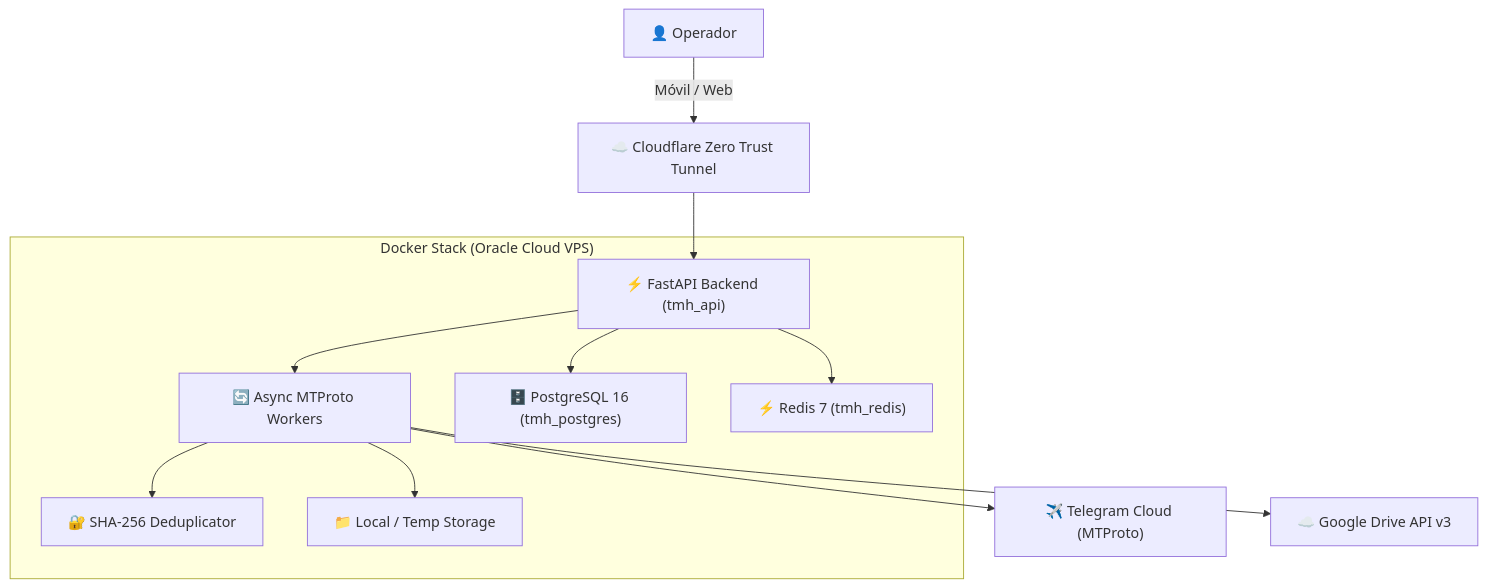
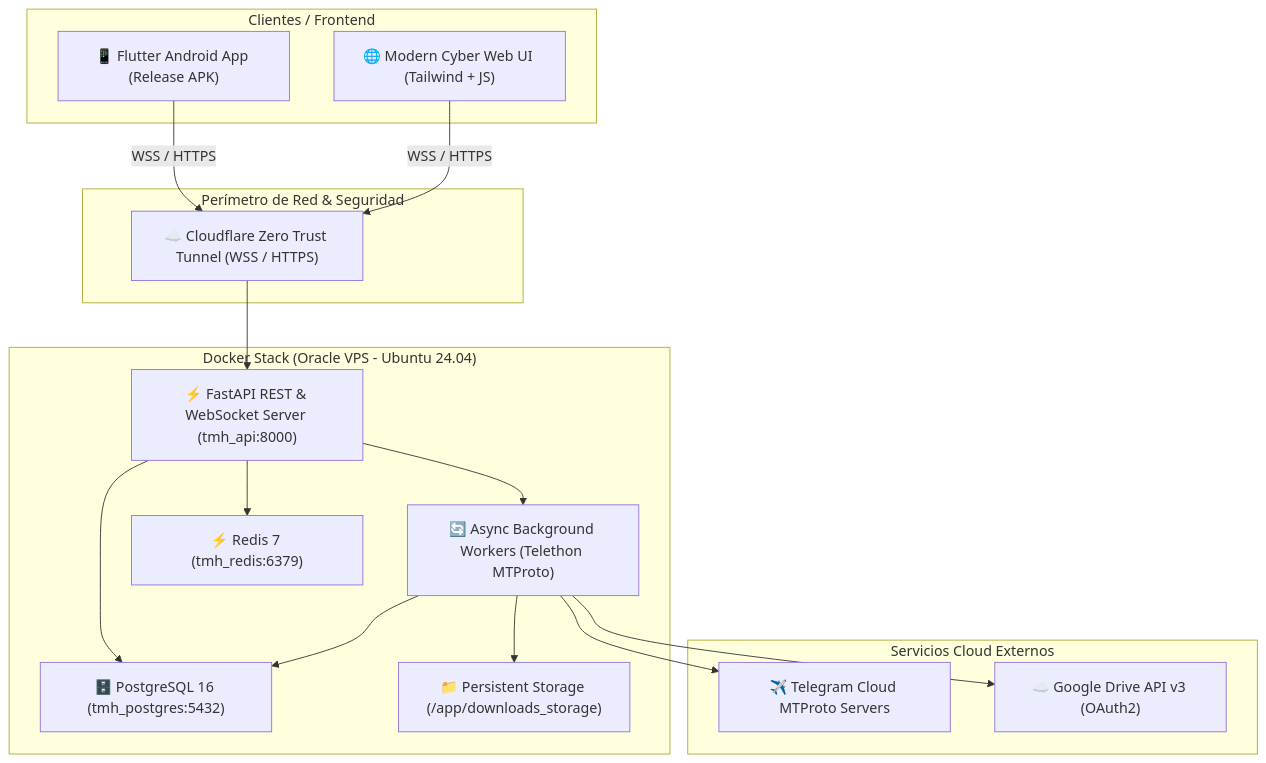
The diagram in README.md (lukgutierrez/Telegram-Media-Hub-v3.0-Cloud-Mobile), drawn with Mermaid before and after one commit. The commit also changed other lines of this file, not shown here.

Commit message:
docs: add enterprise-grade README with full architectural and credentials specification

````diff
--- a/README.md
+++ b/README.md
@@ -40,16 +56,37 @@
 ```mermaid
 graph TD
-    User["👤 Operador"] -->|Móvil / Web| Tunnel["☁️ Cloudflare Zero Trust Tunnel"]
-    Tunnel --> API["⚡ FastAPI Backend (tmh_api)"]
-
-    subgraph "Docker Stack (Oracle Cloud VPS)"
-        API --> Workers["🔄 Async MTProto Workers"]
-        API --> PG["🗄️ PostgreSQL 16 (tmh_postgres)"]
-        API --> Redis["⚡ Redis 7 (tmh_redis)"]
-        Workers --> Dedup["🔐 SHA-256 Deduplicator"]
-        Workers --> Storage["📁 Local / Temp Storage"]
+    subgraph "Clientes / Frontend"
+        MobileApp["📱 Flutter Android App (Release APK)"]
+        WebGUI["🌐 Modern Cyber Web UI (Tailwind + JS)"]
     end
 
-    Workers --> TG["✈️ Telegram Cloud (MTProto)"]
-    Workers --> GDrive["☁️ Google Drive API v3"]
+    subgraph "Perímetro de Red & Seguridad"
+        CFTunnel["☁️ Cloudflare Zero Trust Tunnel (WSS / HTTPS)"]
+    end
+
+    subgraph "Docker Stack (Oracle VPS - Ubuntu 24.04)"
+        FastAPIServer["⚡ FastAPI REST & WebSocket Server (tmh_api:8000)"]
+        AsyncWorkers["🔄 Async Background Workers (Telethon MTProto)"]
+        PostgresDB["🗄️ PostgreSQL 16 (tmh_postgres:5432)"]
+        RedisCache["⚡ Redis 7 (tmh_redis:6379)"]
+        DiskStorage["📁 Persistent Storage (/app/downloads_storage)"]
+    end
+
+    subgraph "Servicios Cloud Externos"
+        TelegramCloud["✈️ Telegram Cloud MTProto Servers"]
+        GoogleDrive["☁️ Google Drive API v3 (OAuth2)"]
+    end
+
+    MobileApp -->|WSS / HTTPS| CFTunnel
+    WebGUI -->|WSS / HTTPS| CFTunnel
+    CFTunnel --> FastAPIServer
+
+    FastAPIServer --> PostgresDB
+    FastAPIServer --> RedisCache
+    FastAPIServer --> AsyncWorkers
+
+    AsyncWorkers --> TelegramCloud
+    AsyncWorkers --> GoogleDrive
+    AsyncWorkers --> DiskStorage
+    AsyncWorkers --> PostgresDB
 ```
````
